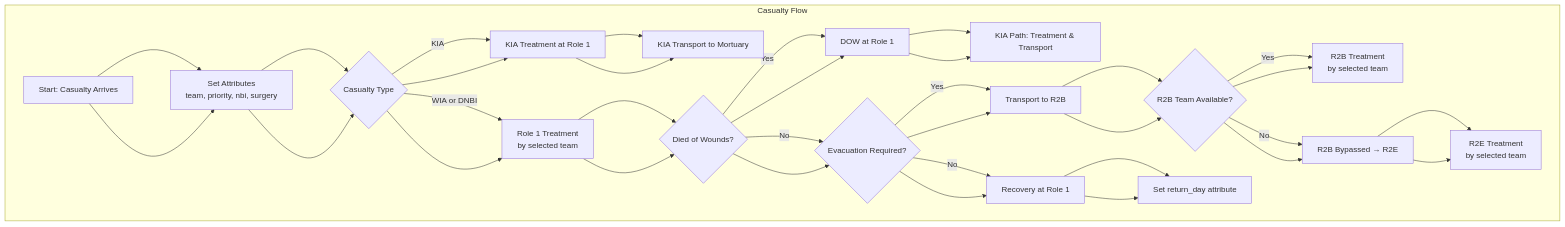
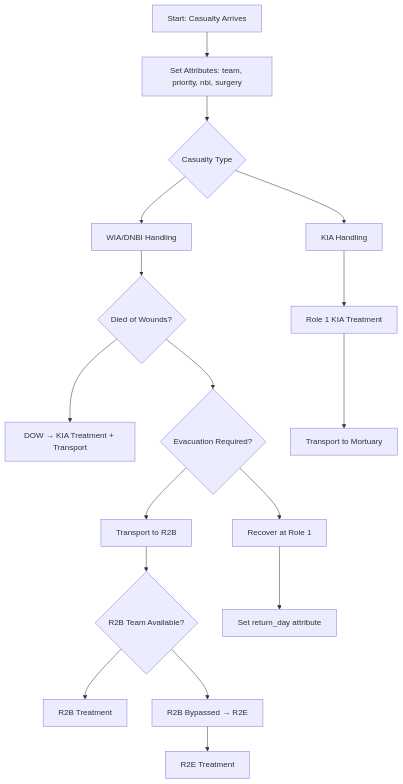
The diagram in README.md (natosys/Battlefield-Casualty-Handling), drawn with Mermaid before and after one commit. The commit also changed other lines of this file, not shown here.

````diff
--- a/README.md
+++ b/README.md
@@ -403,32 +406,24 @@
 ```mermaid
 flowchart TD
-  A[Start: Casualty Arrives] --> B[Set Attributes<br/>team, priority, nbi, surgery]
+  A[Start: Casualty Arrives] --> B[Set Attributes: team, priority, nbi, surgery]
 
   B --> C{Casualty Type}
-  C -->|WIA or DNBI| D[Role 1 Treatment<br/>by selected team]
-  C -->|KIA| P[KIA Treatment at Role 1] --> Q[KIA Transport to Mortuary]
+  C --> D[WIA/DNBI Handling]
+  C --> P[KIA Handling]
 
   D --> E{Died of Wounds?}
-  E -->|Yes| F[DOW at Role 1] --> G[KIA Path: Treatment & Transport]
-  E -->|No| H{Evacuation Required?}
+  E --> F[DOW → KIA Treatment + Transport]
+  E --> H{Evacuation Required?}
 
-  H -->|Yes| I[Transport to R2B]
+  H --> I[Transport to R2B]
   I --> J{R2B Team Available?}
-  J -->|Yes| K[R2B Treatment<br/>by selected team]
-  J -->|No| L[R2B Bypassed → R2E] --> M[R2E Treatment<br/>by selected team]
+  J --> K[R2B Treatment]
+  J --> L[R2B Bypassed → R2E] --> M[R2E Treatment]
 
-  H -->|No| N[Recovery at Role 1]
-  N --> O[Set return_day attribute]
+  H --> N[Recover at Role 1]
 
-  subgraph Casualty Flow
-    A --> B --> C
-    C --> D --> E
-    E --> F --> G
-    E --> H
-    H --> I --> J
-    J --> K
-    J --> L --> M
-    H --> N --> O
-    C --> P --> Q
-  end
+  P --> Q[Role 1 KIA Treatment]
+  Q --> R[Transport to Mortuary]
+
+  N --> S[Set return_day attribute]
 ```
````
